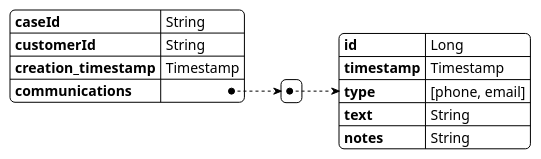
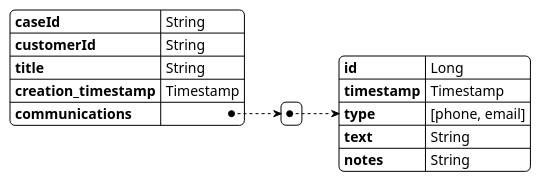
The diagram in doc/data-definition-contact-center.puml (scalvetr/costomer-single-view), drawn with PlantUML before and after one commit. The commit also changed 8 other files, not shown here.

```diff
--- a/doc/data-definition-contact-center.puml
+++ b/doc/data-definition-contact-center.puml
@@ -1,20 +1,21 @@
 @startyaml
 <style>
 yamlDiagram {
   BackGroundColor white
   LineThickness 1
   LineColor black
 }
 </style>
 
 caseId: String
 customerId: String
+title: String
 creation_timestamp: Timestamp
 communications:
     - id: Long
       timestamp: Timestamp
       type: [phone, email]
       text: String
       notes: String
 
 @endyaml
```
